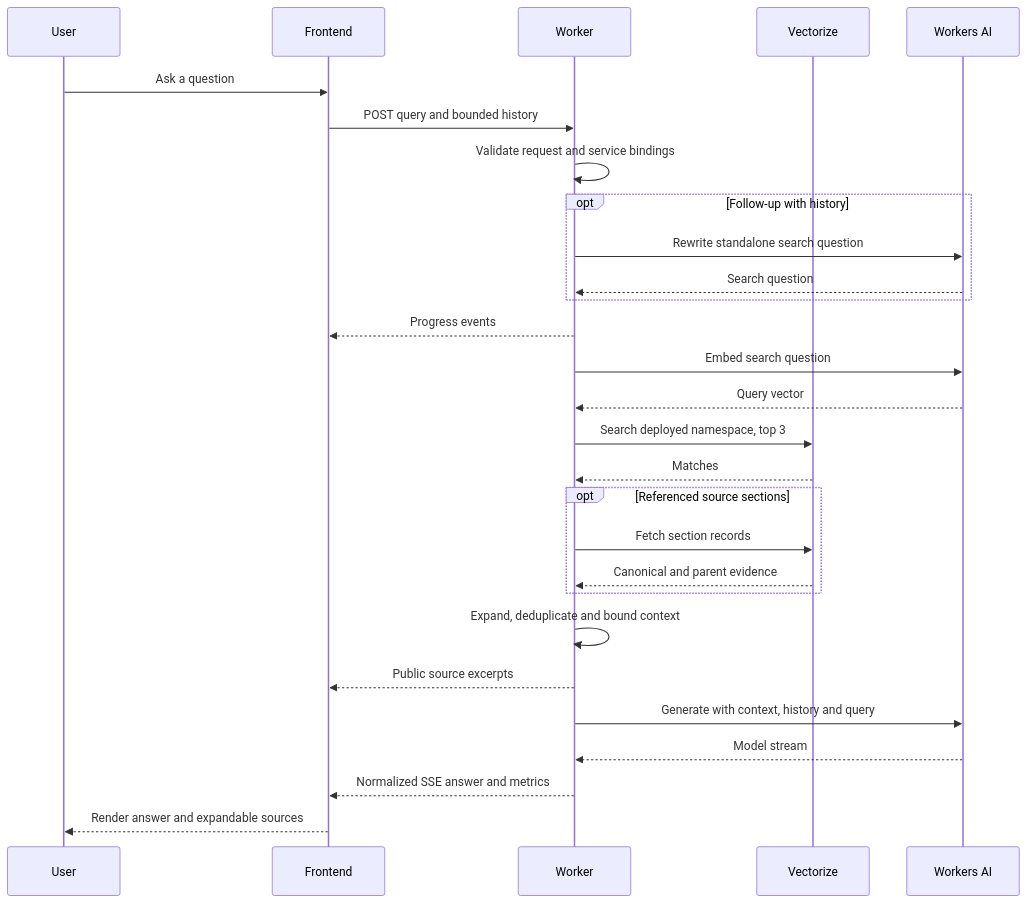
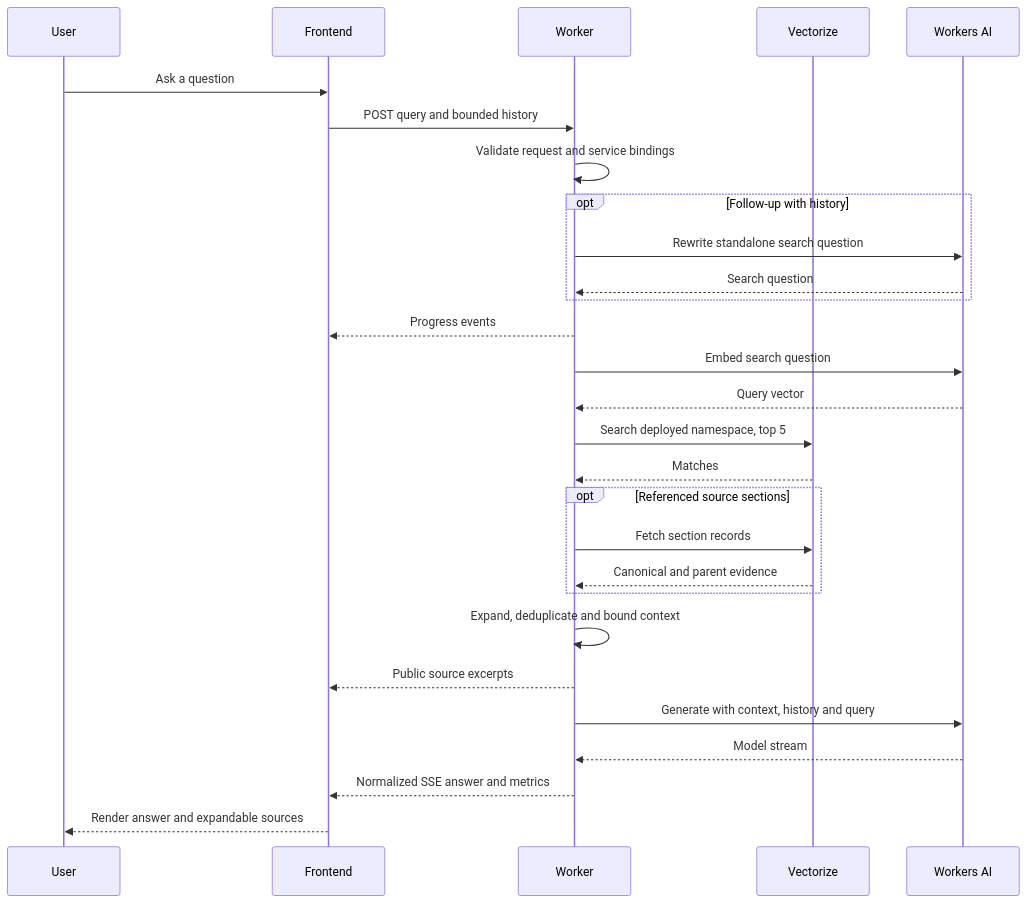
The third of 6 diagrams in content/posts/2026-01-25-ai-chat/index.md (sgama/sg), drawn with Mermaid before and after one commit. The commit also changed other lines of this file and 27 other files, not shown here.

```diff
--- a/content/posts/2026-01-25-ai-chat/index.md
+++ b/content/posts/2026-01-25-ai-chat/index.md
@@ -60,30 +60,30 @@
 {{< mermaid >}}
 sequenceDiagram
 participant User
 participant Frontend
 participant Function as Worker
 participant VectorDB as Vectorize
 participant AI as Workers AI
 User->>Frontend: Ask a question
 Frontend->>Function: POST query and bounded history
 Function->>Function: Validate request and service bindings
 opt Follow-up with history
     Function->>AI: Rewrite standalone search question
     AI-->>Function: Search question
 end
 Function-->>Frontend: Progress events
 Function->>AI: Embed search question
 AI-->>Function: Query vector
-Function->>VectorDB: Search deployed namespace, top 3
+Function->>VectorDB: Search deployed namespace, top 5
 VectorDB-->>Function: Matches
 opt Referenced source sections
     Function->>VectorDB: Fetch section records
     VectorDB-->>Function: Canonical and parent evidence
 end
 Function->>Function: Expand, deduplicate and bound context
 Function-->>Frontend: Public source excerpts
 Function->>AI: Generate with context, history and query
 AI-->>Function: Model stream
 Function-->>Frontend: Normalized SSE answer and metrics
 Frontend-->>User: Render answer and expandable sources
 {{< /mermaid >}}
```
